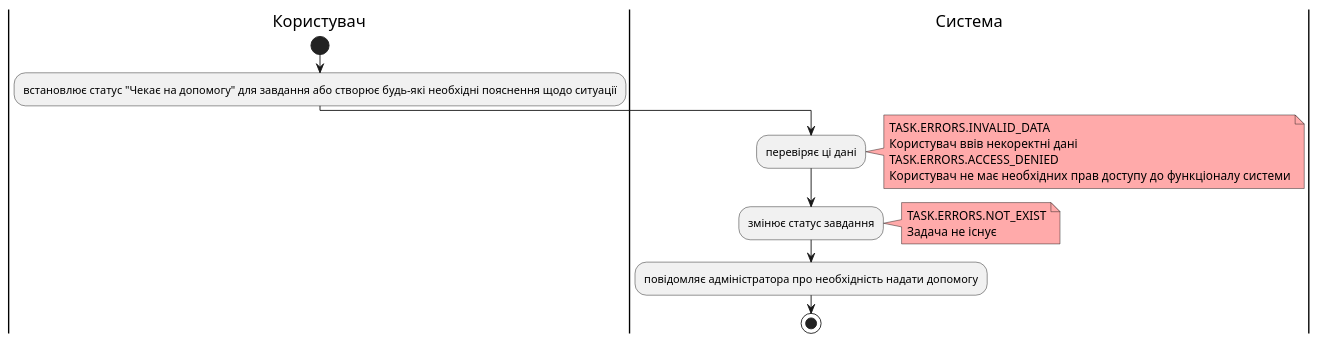
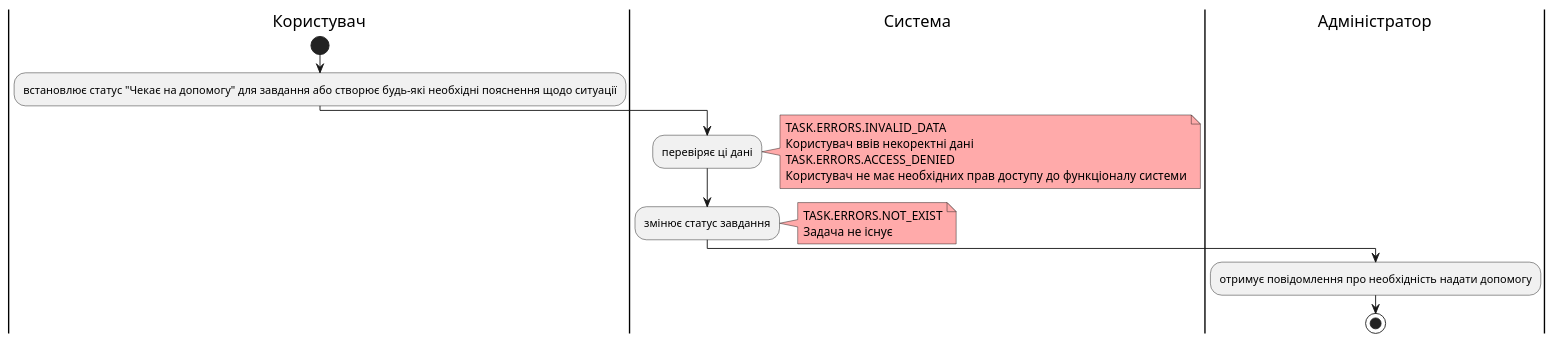
One commit to yarikkot04/Sup changed diagram 14 of 23 in docs/use cases/README.md. Above: the diagram before and after it, drawn with PlantUML. The commit also changed other lines of this file and 1 other file, not shown here.

```diff
--- a/docs/use cases/README.md
+++ b/docs/use cases/README.md
@@ -620,22 +627,23 @@
 @startuml
 
     |Користувач|
      start
       :встановлює статус "Чекає на допомогу" для завдання або створює будь-які необхідні пояснення щодо ситуації;
     |Система|
       :перевіряє ці дані;
        note right #ffaaaa 
        TASK.ERRORS.INVALID_DATA
        Користувач ввів некоректні дані
        TASK.ERRORS.ACCESS_DENIED
        Користувач не має необхідних прав доступу до функціоналу системи
        end note
       :змінює статус завдання;
       note right #ffaaaa
       TASK.ERRORS.NOT_EXIST
       Задача не існує
       end note
-      :повідомляє адміністратора про необхідність надати допомогу;
+    |Адміністратор|
+      :отримує повідомлення про необхідність надати допомогу;
     stop;
 
 @enduml
```
